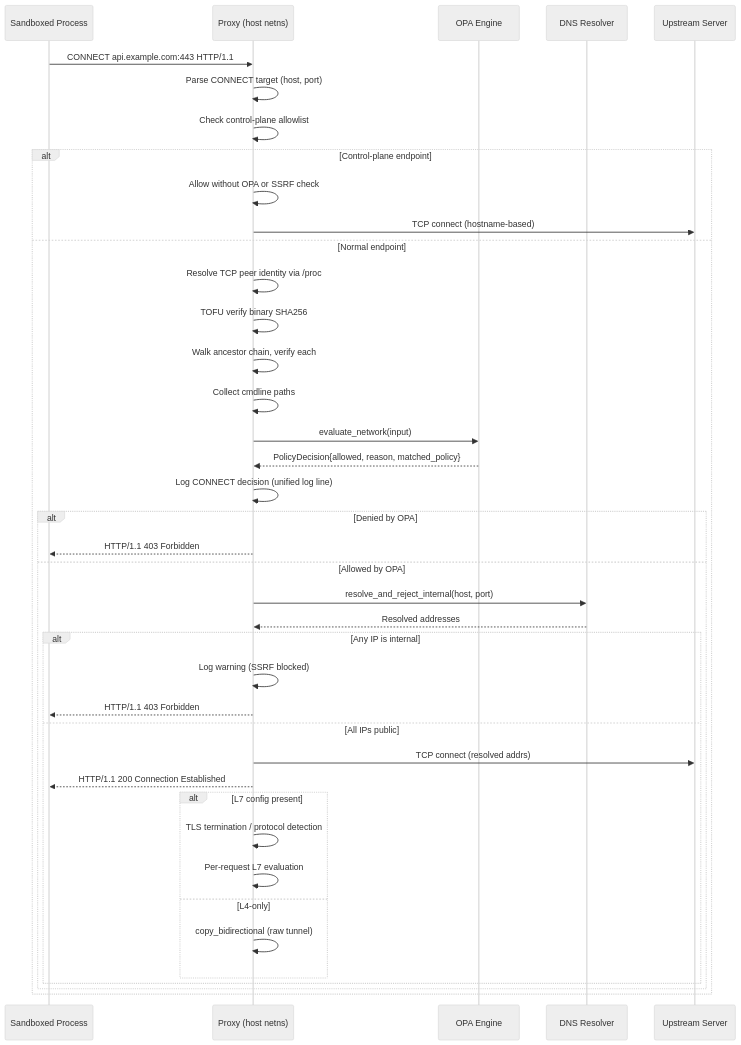
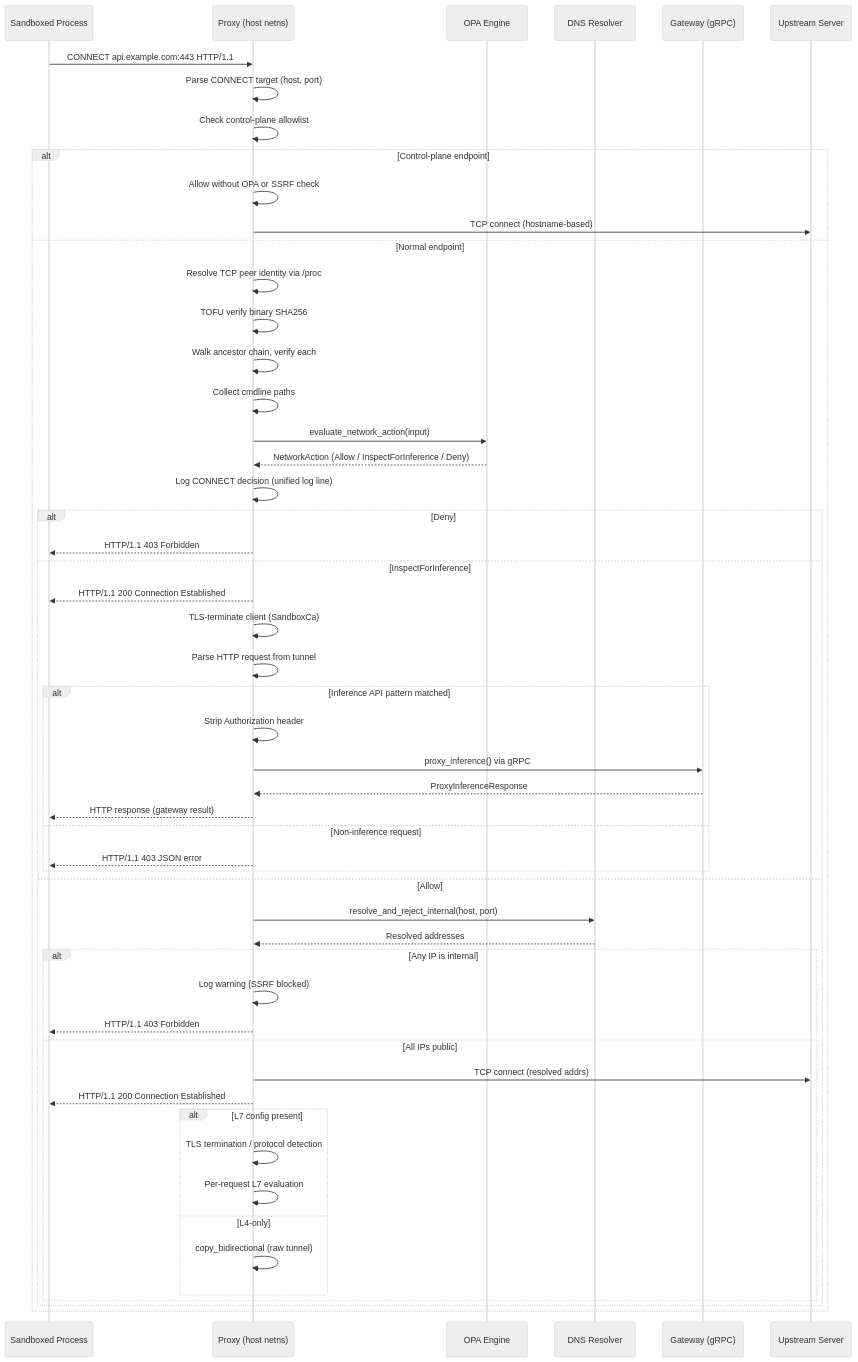
The third of 6 diagrams in architecture/sandbox.md (NVIDIA/OpenShell), drawn with Mermaid (neutral theme) before and after one commit. The commit also changed other lines of this file and 44 other files, not shown here.

````diff
--- a/architecture/sandbox.md
+++ b/architecture/sandbox.md
@@ -352,43 +394,56 @@
 ```mermaid
 sequenceDiagram
     participant S as Sandboxed Process
     participant P as Proxy (host netns)
     participant O as OPA Engine
     participant DNS as DNS Resolver
+    participant GW as Gateway (gRPC)
     participant U as Upstream Server
 
     S->>P: CONNECT api.example.com:443 HTTP/1.1
     P->>P: Parse CONNECT target (host, port)
     P->>P: Check control-plane allowlist
     alt Control-plane endpoint
         P->>P: Allow without OPA or SSRF check
         P->>U: TCP connect (hostname-based)
     else Normal endpoint
         P->>P: Resolve TCP peer identity via /proc
         P->>P: TOFU verify binary SHA256
         P->>P: Walk ancestor chain, verify each
         P->>P: Collect cmdline paths
-        P->>O: evaluate_network(input)
-        O-->>P: PolicyDecision{allowed, reason, matched_policy}
+        P->>O: evaluate_network_action(input)
+        O-->>P: NetworkAction (Allow / InspectForInference / Deny)
         P->>P: Log CONNECT decision (unified log line)
-        alt Denied by OPA
+        alt Deny
             P-->>S: HTTP/1.1 403 Forbidden
-        else Allowed by OPA
+        else InspectForInference
+            P-->>S: HTTP/1.1 200 Connection Established
+            P->>P: TLS-terminate client (SandboxCa)
+            P->>P: Parse HTTP request from tunnel
+            alt Inference API pattern matched
+                P->>P: Strip Authorization header
+                P->>GW: proxy_inference() via gRPC
+                GW-->>P: ProxyInferenceResponse
+                P-->>S: HTTP response (gateway result)
+            else Non-inference request
+                P-->>S: HTTP/1.1 403 JSON error
+            end
+        else Allow
             P->>DNS: resolve_and_reject_internal(host, port)
             DNS-->>P: Resolved addresses
             alt Any IP is internal
                 P->>P: Log warning (SSRF blocked)
                 P-->>S: HTTP/1.1 403 Forbidden
             else All IPs public
                 P->>U: TCP connect (resolved addrs)
                 P-->>S: HTTP/1.1 200 Connection Established
                 alt L7 config present
                     P->>P: TLS termination / protocol detection
                     P->>P: Per-request L7 evaluation
                 else L4-only
                     P->>P: copy_bidirectional (raw tunnel)
                 end
             end
         end
     end
 ```
````
